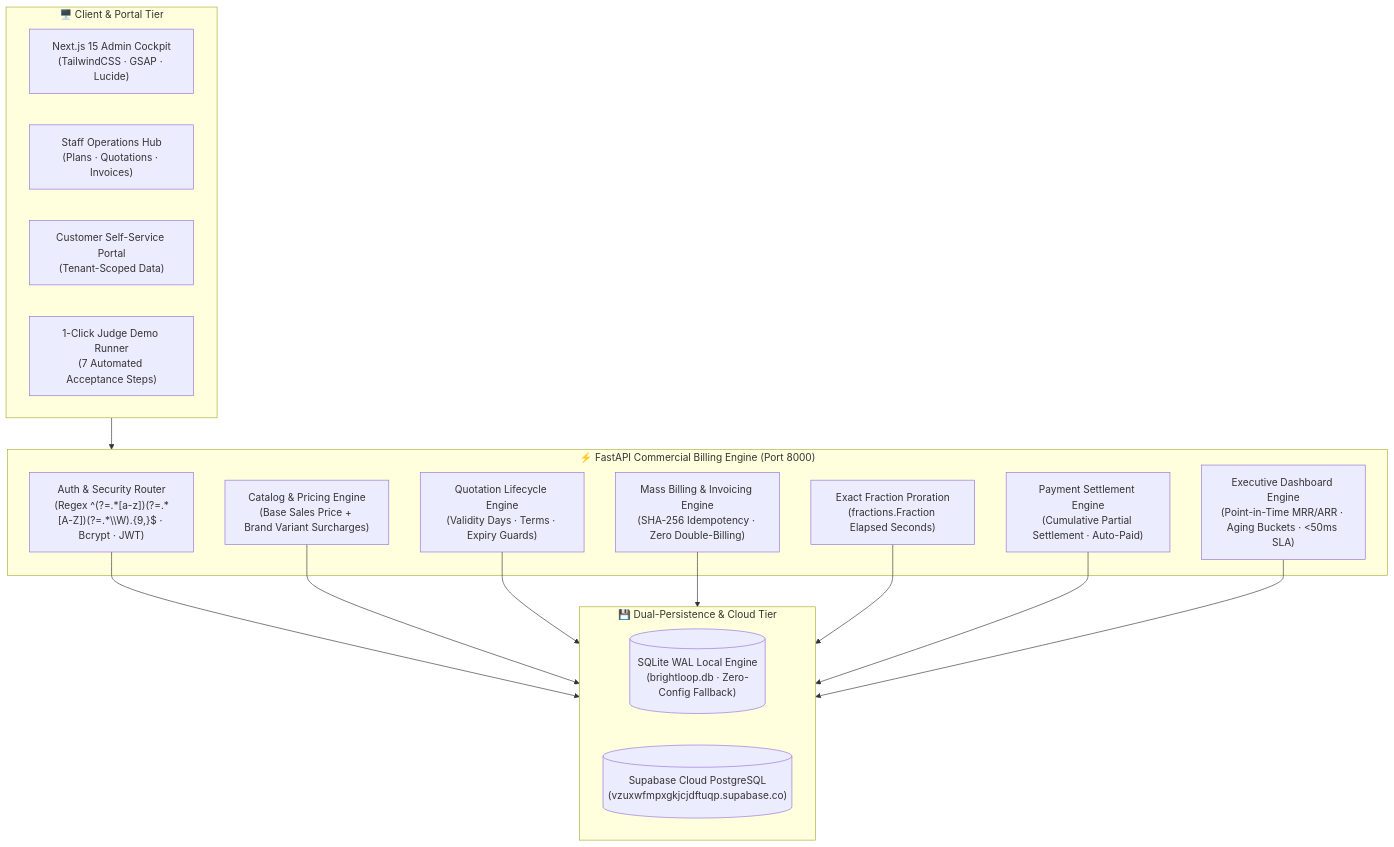
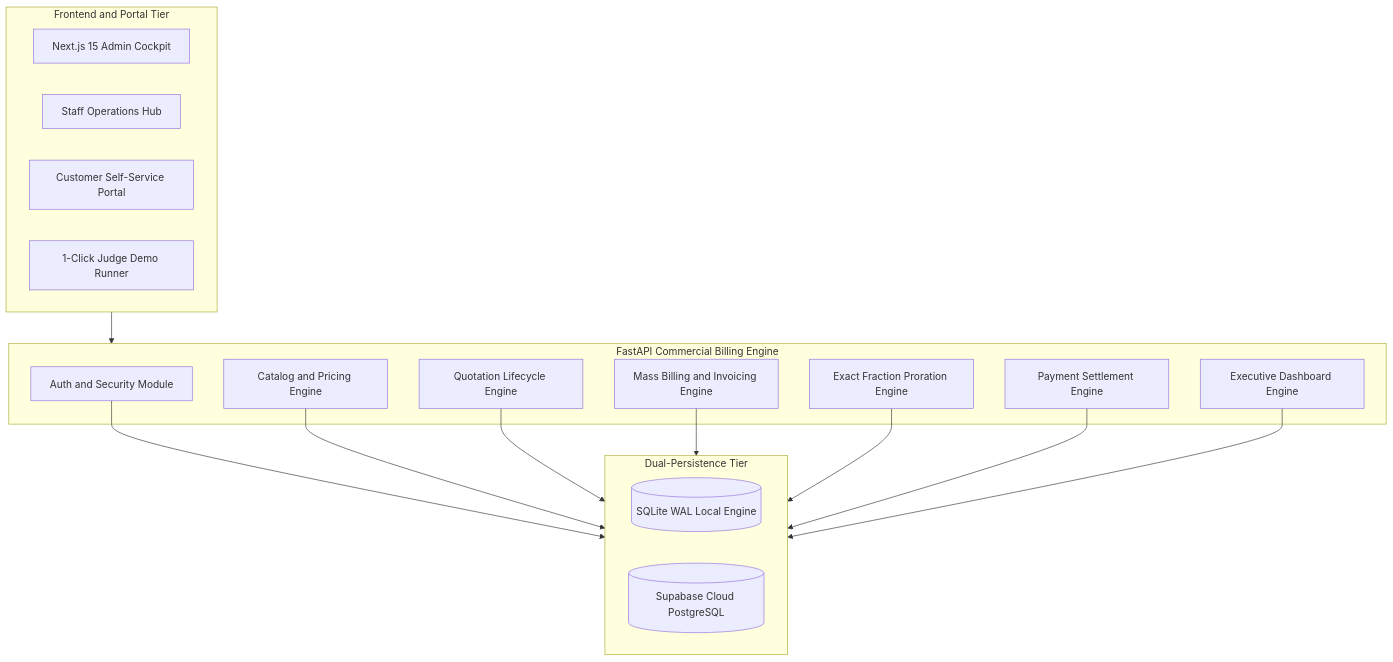
The first of 3 diagrams in README.md (Niss54/Subscription_Management_System), drawn with Mermaid before and after one commit. The commit also changed other lines of this file and 2 other files, not shown here.

Commit message:
fix(docs): resolve GitHub Mermaid diagram syntax errors and update sequence diagram

````diff
--- a/README.md
+++ b/README.md
@@ -116,33 +116,33 @@
 ```mermaid
 flowchart TD
-    subgraph ClientLayer["🖥️ Client & Portal Tier"]
-        AdminCockpit["Next.js 15 Admin Cockpit<br/>(TailwindCSS · GSAP · Lucide)"]
-        StaffPortal["Staff Operations Hub<br/>(Plans · Quotations · Invoices)"]
-        CustomerPortal["Customer Self-Service Portal<br/>(Tenant-Scoped Data)"]
-        JudgeRunner["1-Click Judge Demo Runner<br/>(7 Automated Acceptance Steps)"]
+    subgraph ClientLayer["Frontend and Portal Tier"]
+        AdminCockpit["Next.js 15 Admin Cockpit"]
+        StaffPortal["Staff Operations Hub"]
+        CustomerPortal["Customer Self-Service Portal"]
+        JudgeRunner["1-Click Judge Demo Runner"]
     end
 
-    subgraph APILayer["⚡ FastAPI Commercial Billing Engine (Port 8000)"]
-        AuthModule["Auth & Security Router<br/>(Regex ^(?=.*[a-z])(?=.*[A-Z])(?=.*\\W).{9,}$ · Bcrypt · JWT)"]
-        CatalogModule["Catalog & Pricing Engine<br/>(Base Sales Price + Brand Variant Surcharges)"]
-        QuoteModule["Quotation Lifecycle Engine<br/>(Validity Days · Terms · Expiry Guards)"]
-        BillingModule["Mass Billing & Invoicing Engine<br/>(SHA-256 Idempotency · Zero Double-Billing)"]
-        ProrationEngine["Exact Fraction Proration<br/>(fractions.Fraction Elapsed Seconds)"]
-        SettlementModule["Payment Settlement Engine<br/>(Cumulative Partial Settlement · Auto-Paid)"]
-        DashboardModule["Executive Dashboard Engine<br/>(Point-in-Time MRR/ARR · Aging Buckets · <50ms SLA)"]
+    subgraph APILayer["FastAPI Commercial Billing Engine"]
+        AuthModule["Auth and Security Module"]
+        CatalogModule["Catalog and Pricing Engine"]
+        QuoteModule["Quotation Lifecycle Engine"]
+        BillingModule["Mass Billing and Invoicing Engine"]
+        ProrationEngine["Exact Fraction Proration Engine"]
+        SettlementModule["Payment Settlement Engine"]
+        DashboardModule["Executive Dashboard Engine"]
     end
 
-    subgraph DataLayer["💾 Dual-Persistence & Cloud Tier"]
-        SQLiteDB[("SQLite WAL Local Engine<br/>(brightloop.db · Zero-Config Fallback)")]
-        SupabaseDB[("Supabase Cloud PostgreSQL<br/>(vzuxwfmpxgkjcjdftuqp.supabase.co)")]
+    subgraph DataLayer["Dual-Persistence Tier"]
+        SQLiteDB[("SQLite WAL Local Engine")]
+        SupabaseDB[("Supabase Cloud PostgreSQL")]
     end
 
     ClientLayer --> APILayer
     AuthModule --> DataLayer
     CatalogModule --> DataLayer
     QuoteModule --> DataLayer
     BillingModule --> DataLayer
     ProrationEngine --> DataLayer
     SettlementModule --> DataLayer
     DashboardModule --> DataLayer
 ```
````
